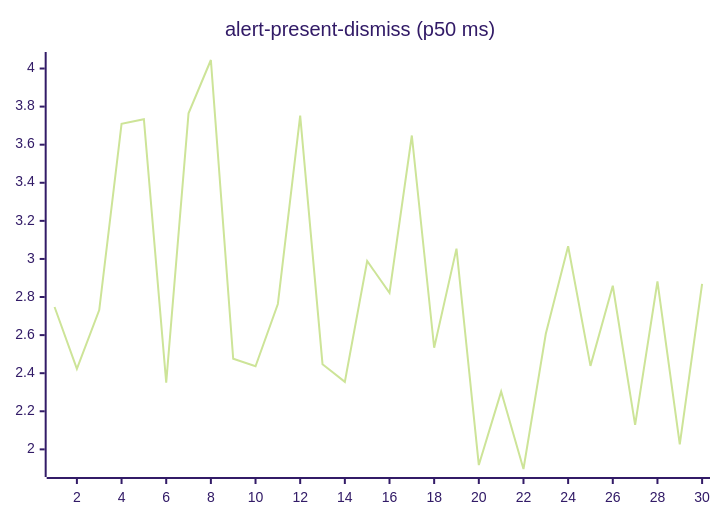
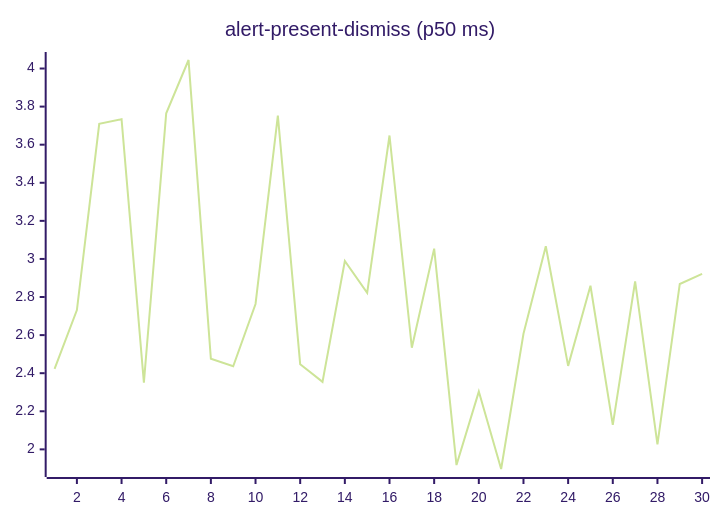
Before and after one commit to josha/Facet: the second of 27 diagrams in README.md, drawn with Mermaid (forest theme). The commit also changed other lines of this file and 2 other files, not shown here.

````diff
--- a/README.md
+++ b/README.md
@@ -70,6 +70,6 @@
 ```mermaid
 xychart-beta
     title "alert-present-dismiss (p50 ms)"
     x-axis 1 --> 30
-    line [2.7475, 2.4232, 2.7312, 3.7096, 3.7340, 2.3506, 3.7650, 4.0447, 2.4759, 2.4363, 2.7635, 3.7527, 2.4474, 2.3546, 2.9892, 2.8222, 3.6482, 2.5337, 3.0542, 1.9177, 2.3034, 1.8969, 2.6071, 3.0667, 2.4384, 2.8591, 2.1282, 2.8816, 2.0266, 2.8685]
+    line [2.4232, 2.7312, 3.7096, 3.7340, 2.3506, 3.7650, 4.0447, 2.4759, 2.4363, 2.7635, 3.7527, 2.4474, 2.3546, 2.9892, 2.8222, 3.6482, 2.5337, 3.0542, 1.9177, 2.3034, 1.8969, 2.6071, 3.0667, 2.4384, 2.8591, 2.1282, 2.8816, 2.0266, 2.8685, 2.9214]
 ```
````
